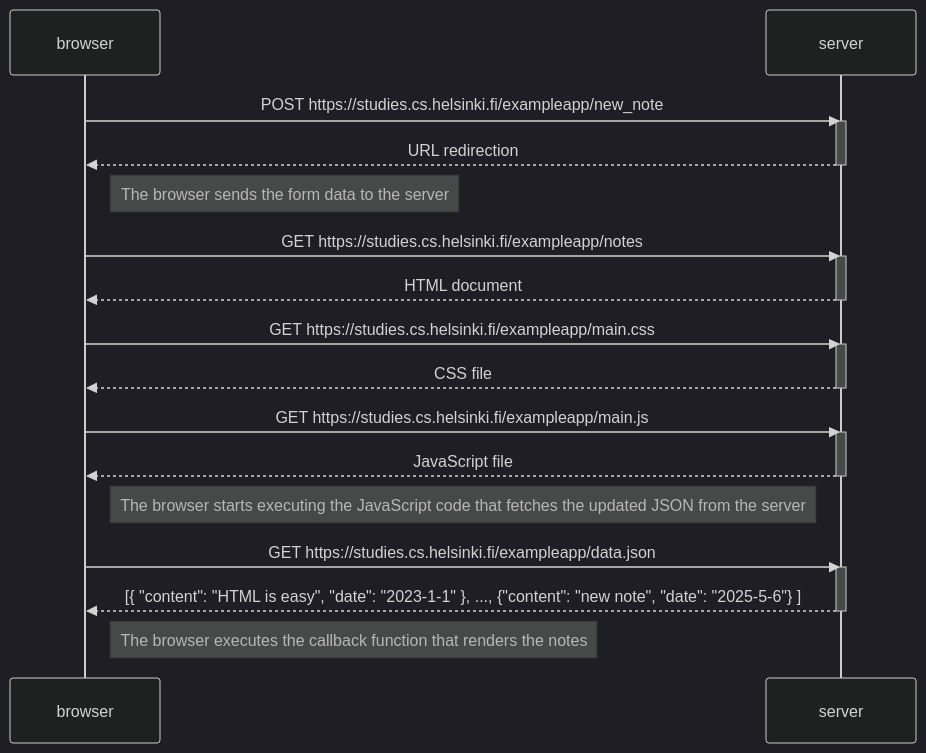
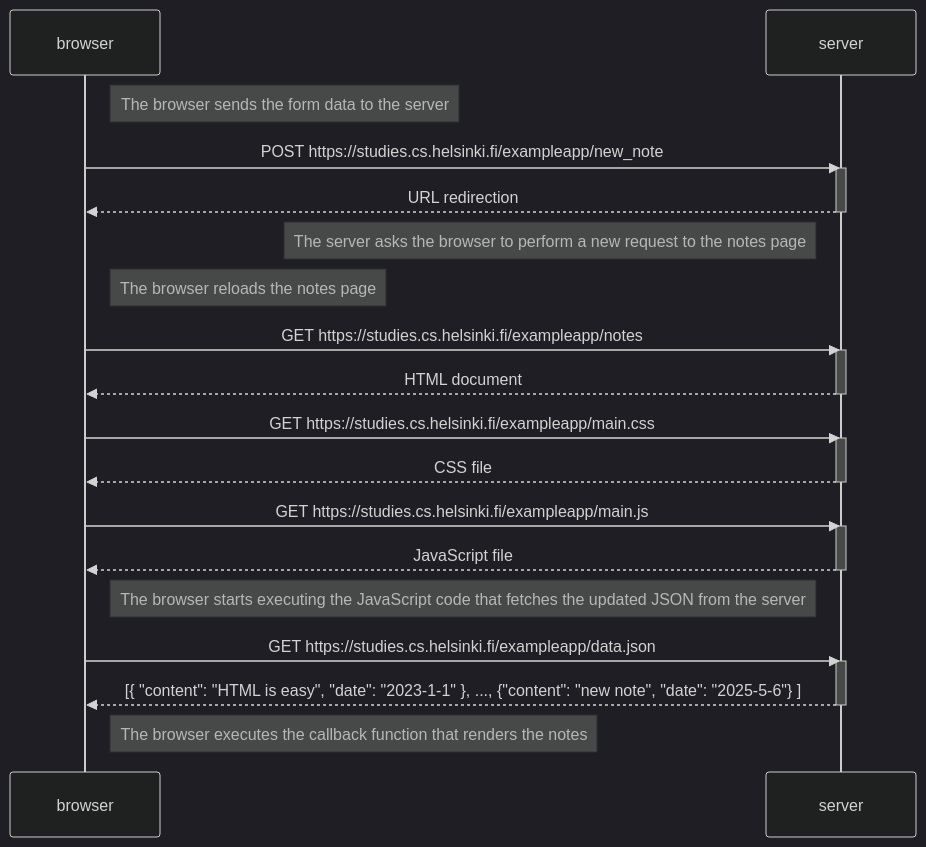
The diagram in part0/exercise0.4.md (latimize/fullstackopen), drawn with Mermaid (dark theme) before and after one commit.

Commit message:
Edit sequence diagram

`````diff
--- a/part0/exercise0.4.md
+++ b/part0/exercise0.4.md
@@ -4,36 +4,40 @@
 ```mermaid
 sequenceDiagram
     participant browser
     participant server
+
+    Note right of browser: The browser sends the form data to the server
 
     browser->>server: POST https://studies.cs.helsinki.fi/exampleapp/new_note
     activate server
     server-->>browser: URL redirection
     deactivate server
 
-    Note right of browser: The browser sends the form data to the server
+    note left of server: The server asks the browser to perform a new request to the notes page 
+    
+    note right of browser: The browser reloads the notes page
 
     browser->>server: GET https://studies.cs.helsinki.fi/exampleapp/notes
     activate server
     server-->>browser: HTML document
     deactivate server
 
     browser->>server: GET https://studies.cs.helsinki.fi/exampleapp/main.css
     activate server
     server-->>browser: CSS file
     deactivate server
 
     browser->>server: GET https://studies.cs.helsinki.fi/exampleapp/main.js
     activate server
     server-->>browser: JavaScript file
     deactivate server
 
     Note right of browser: The browser starts executing the JavaScript code that fetches the updated JSON from the server
 
     browser->>server: GET https://studies.cs.helsinki.fi/exampleapp/data.json
     activate server
     server-->>browser: [{ "content": "HTML is easy", "date": "2023-1-1" }, ..., {"content": "new note", "date": "2025-5-6"} ]
     deactivate server
 
     Note right of browser: The browser executes the callback function that renders the notes
 ````
`````
